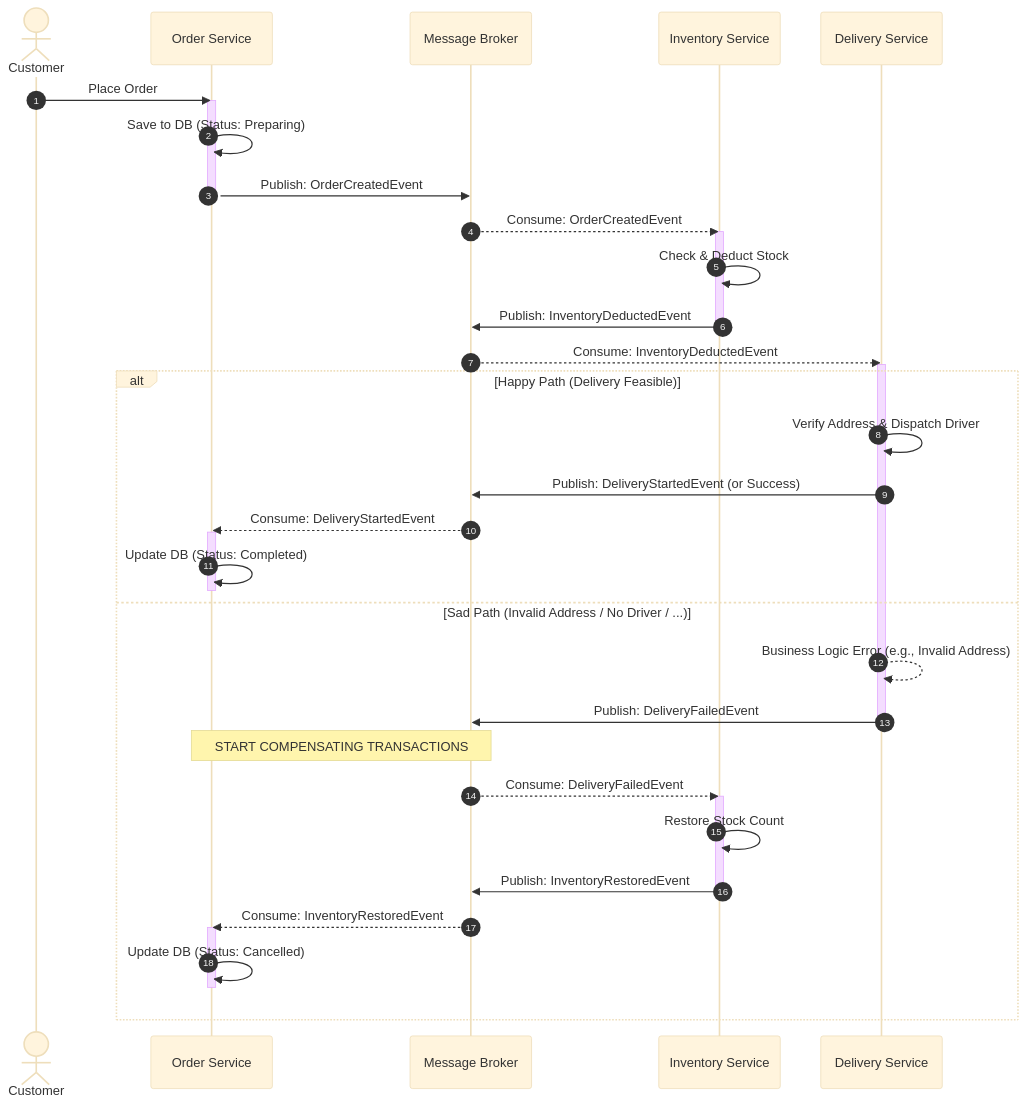
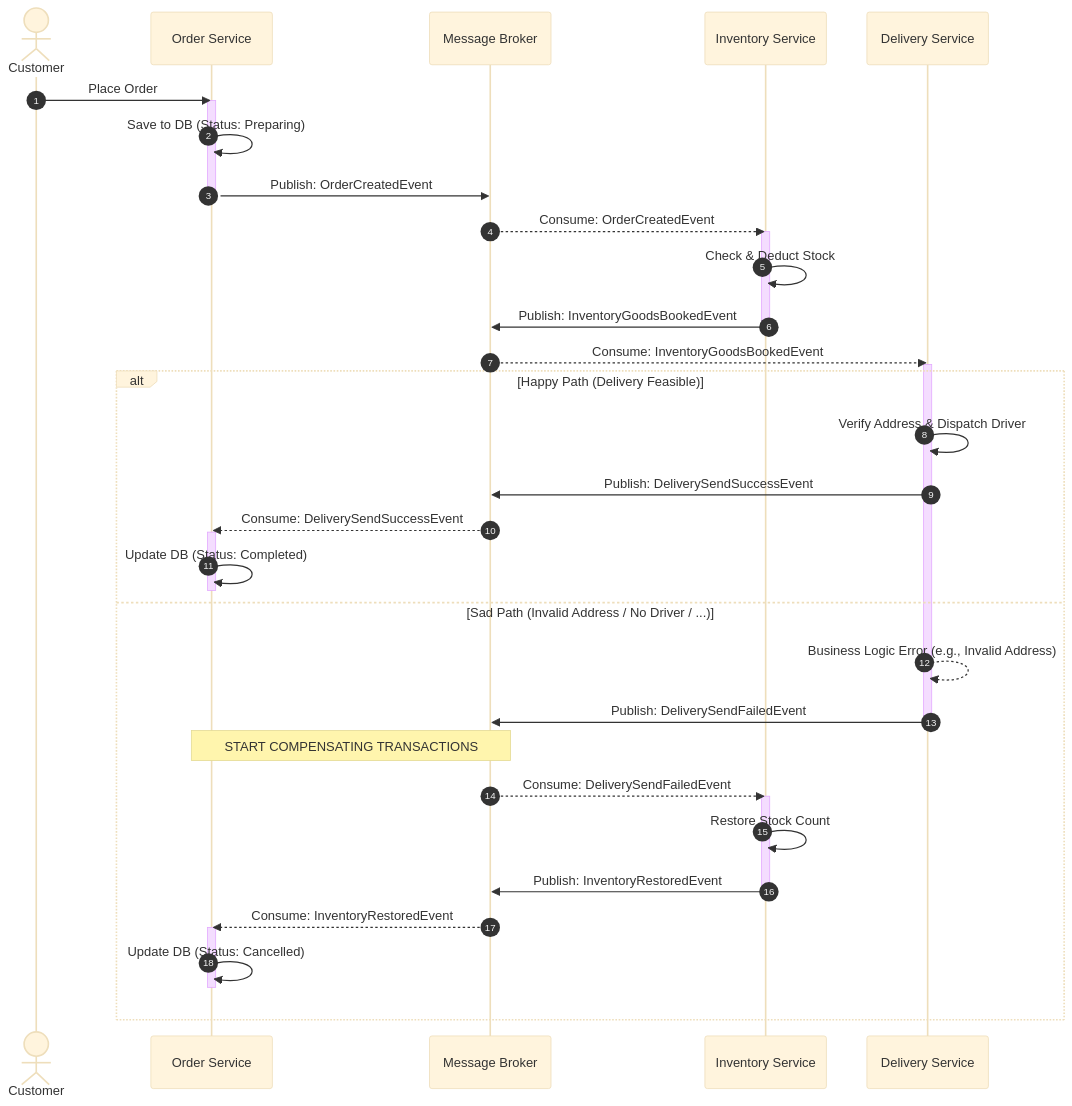
The diagram in README.md (tritailk65/Sample.Saga.DotNet), drawn with Mermaid (base theme) before and after one commit. The commit also changed other lines of this file and 12 other files, not shown here.

````diff
--- a/README.md
+++ b/README.md
@@ -13,54 +13,56 @@
 ```mermaid
 sequenceDiagram
     autonumber
     actor Customer
     participant Order as Order Service
     participant Broker as Message Broker
     participant Inventory as Inventory Service
     participant Delivery as Delivery Service
 
     %% Initial Flow
     Customer->>Order: Place Order
     activate Order
     Order->>Order: Save to DB (Status: Preparing)
     Order->>Broker: Publish: OrderCreatedEvent
     deactivate Order
 
     Broker-->>Inventory: Consume: OrderCreatedEvent
     activate Inventory
     Inventory->>Inventory: Check & Deduct Stock
-    Inventory->>Broker: Publish: InventoryDeductedEvent
+    Inventory->>Broker: Publish: InventoryGoodsBookedEvent
     deactivate Inventory
 
-    Broker-->>Delivery: Consume: InventoryDeductedEvent
+    Broker-->>Delivery: Consume: InventoryGoodsBookedEvent
     activate Delivery
     
     alt Happy Path (Delivery Feasible)
 
             Delivery->>Delivery: Verify Address & Dispatch Driver
-            Delivery->>Broker: Publish: DeliveryStartedEvent (or Success)
+            Delivery->>Broker: Publish: DeliverySendSuccessEvent
             
-            Broker-->>Order: Consume: DeliveryStartedEvent
+            Broker-->>Order: Consume: DeliverySendSuccessEvent
             activate Order
             Order->>Order: Update DB (Status: Completed)
             deactivate Order
 
     else Sad Path (Invalid Address / No Driver / ...)
             Delivery-->>Delivery: Business Logic Error (e.g., Invalid Address)
-            Delivery->>Broker: Publish: DeliveryFailedEvent
+            Delivery->>Broker: Publish: DeliverySendFailedEvent
             deactivate Delivery
             
             Note over Broker, Order: START COMPENSATING TRANSACTIONS
             
-            Broker-->>Inventory: Consume: DeliveryFailedEvent
+            Broker-->>Inventory: Consume: DeliverySendFailedEvent
             activate Inventory
             Inventory->>Inventory: Restore Stock Count
-            Inventory->>Broker: Publish: InventoryRestoredEvent
+            %% SỬA Ở ĐÂY: Inventory publish event của chính nó
+            Inventory->>Broker: Publish: InventoryRestoredEvent 
             deactivate Inventory
             
+            %% SỬA Ở ĐÂY: Order đợi Inventory khôi phục xong mới Hủy
             Broker-->>Order: Consume: InventoryRestoredEvent
             activate Order
             Order->>Order: Update DB (Status: Cancelled)
             deactivate Order
     end
 ```
````
